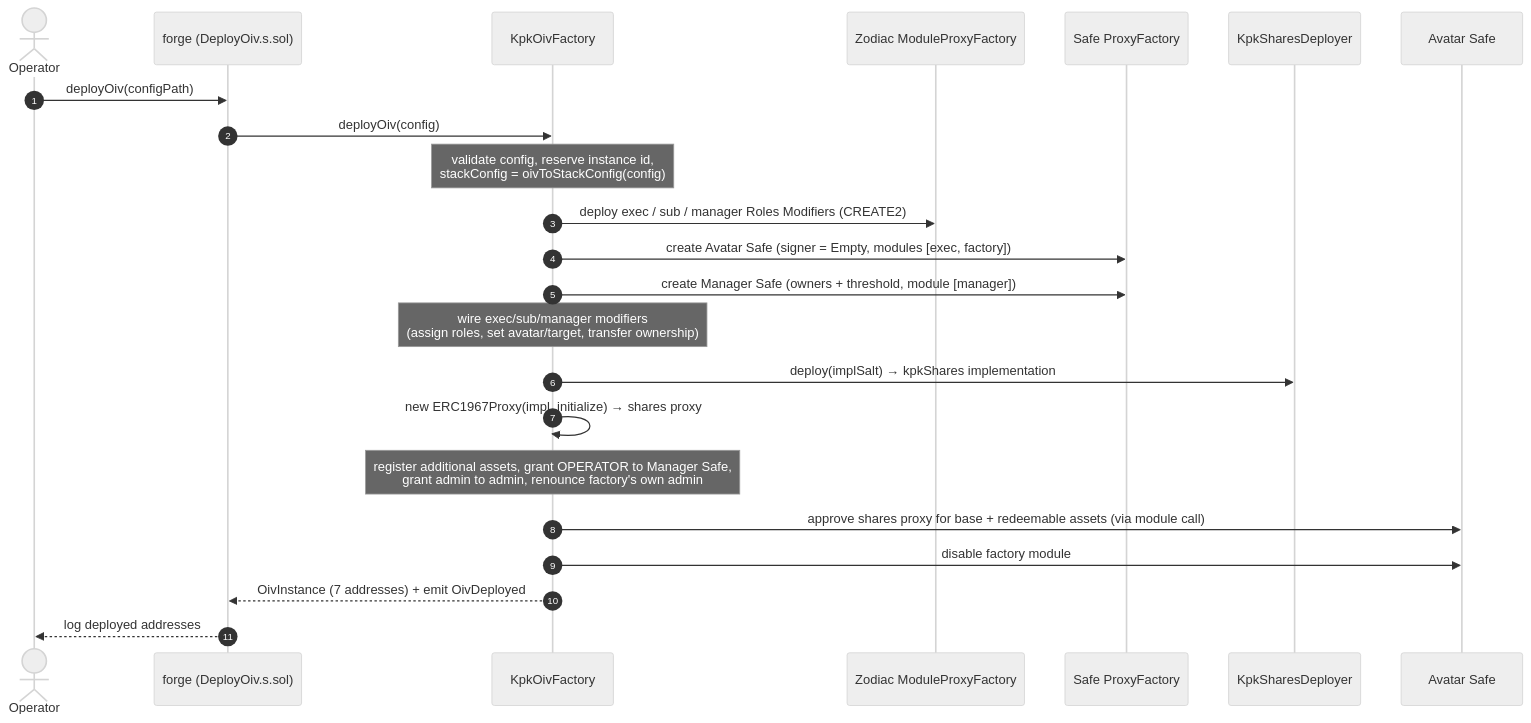
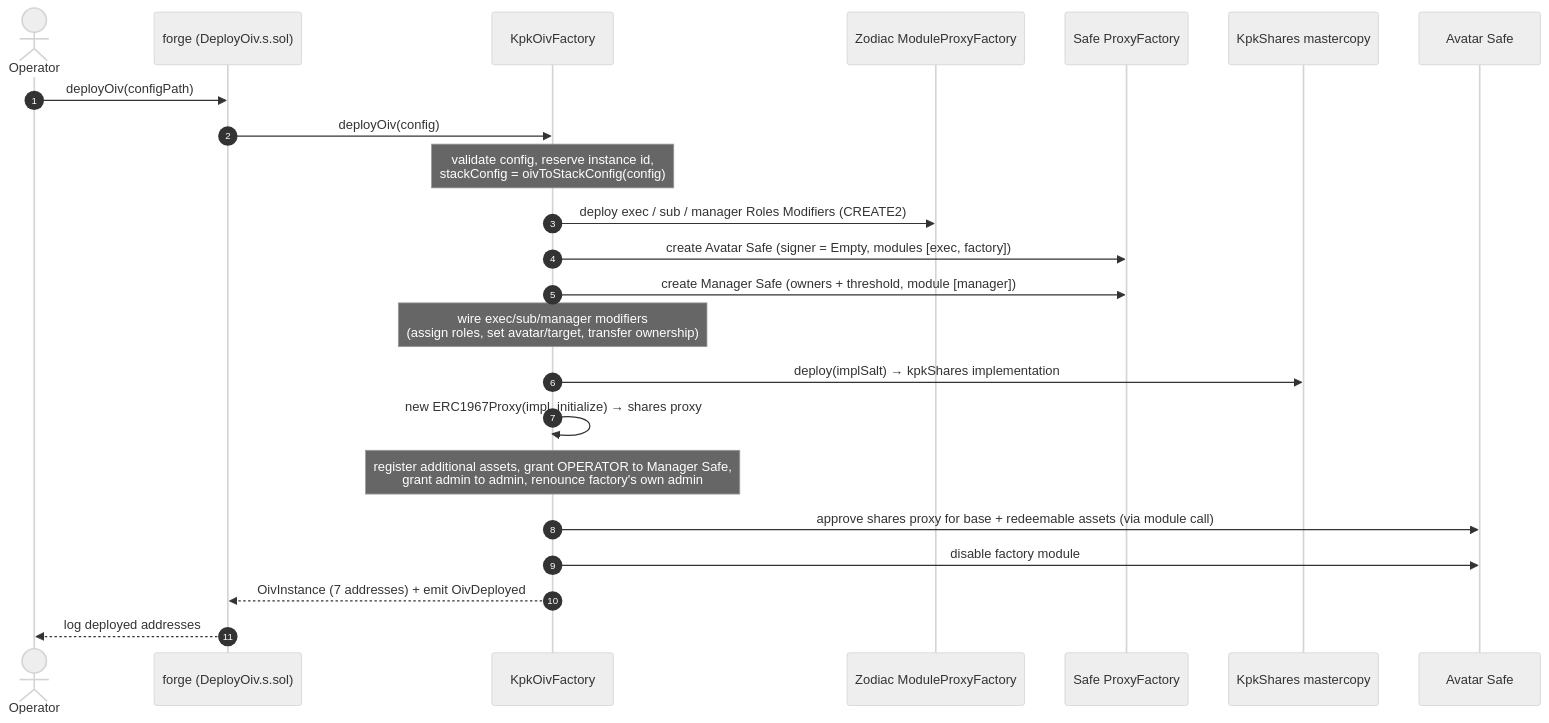
Before and after one commit to karpatkey/onchain-investment-vehicles: the second of 4 diagrams in docs/FUND_DEPLOYMENT_FLOW.md, drawn with Mermaid (neutral theme). The commit also changed other lines of this file and 29 other files, not shown here.

````diff
--- a/docs/FUND_DEPLOYMENT_FLOW.md
+++ b/docs/FUND_DEPLOYMENT_FLOW.md
@@ -35,26 +36,26 @@
 ```mermaid
 sequenceDiagram
     autonumber
     actor Op as Operator
     participant Fg as forge (DeployOiv.s.sol)
     participant F as KpkOivFactory
     participant Z as Zodiac ModuleProxyFactory
     participant S as Safe ProxyFactory
-    participant D as KpkSharesDeployer
+    participant D as KpkShares mastercopy
     participant Av as Avatar Safe
 
     Op->>Fg: deployOiv(configPath)
     Fg->>F: deployOiv(config)
     Note over F: validate config, reserve instance id,<br/>stackConfig = oivToStackConfig(config)
     F->>Z: deploy exec / sub / manager Roles Modifiers (CREATE2)
     F->>S: create Avatar Safe (signer = Empty, modules [exec, factory])
     F->>S: create Manager Safe (owners + threshold, module [manager])
     Note over F: wire exec/sub/manager modifiers<br/>(assign roles, set avatar/target, transfer ownership)
     F->>D: deploy(implSalt) → kpkShares implementation
     F->>F: new ERC1967Proxy(impl, initialize) → shares proxy
     Note over F: register additional assets, grant OPERATOR to Manager Safe,<br/>grant admin to admin, renounce factory's own admin
     F->>Av: approve shares proxy for base + redeemable assets (via module call)
     F->>Av: disable factory module
     F-->>Fg: OivInstance (7 addresses) + emit OivDeployed
     Fg-->>Op: log deployed addresses
 ```
````
